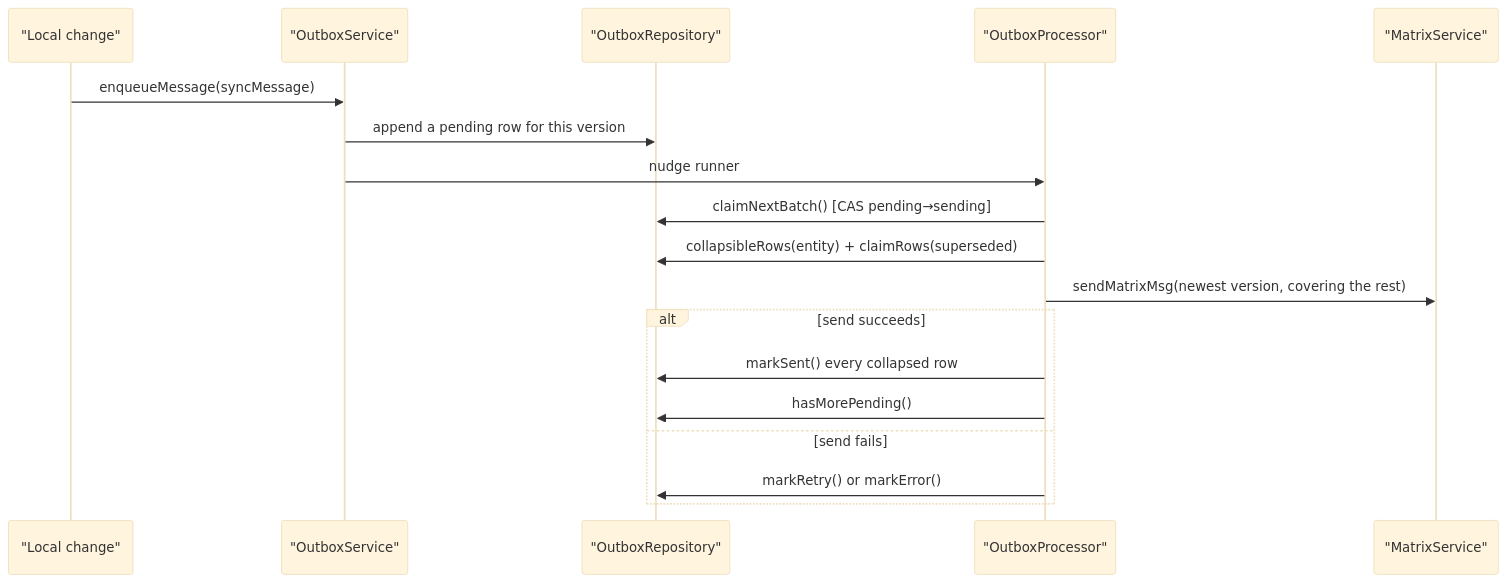
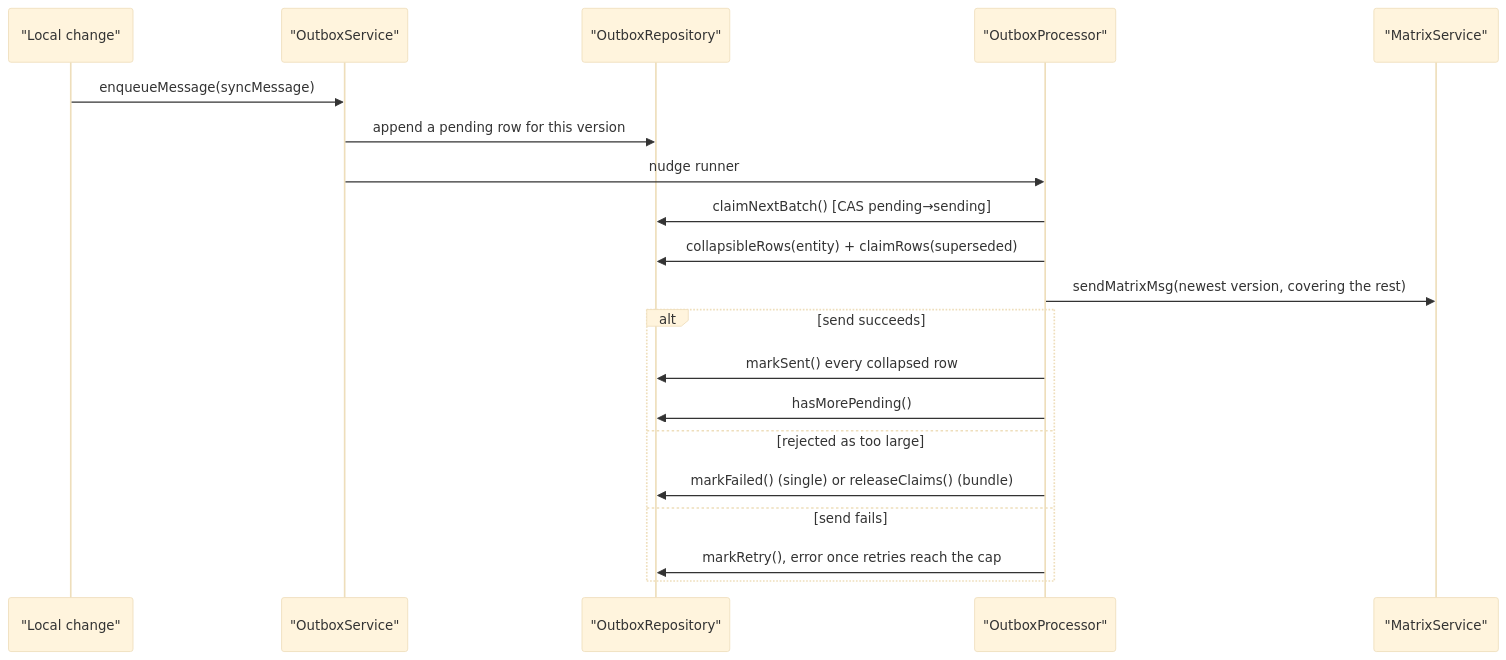
The first of 7 diagrams in knowledge/features/sync/send-path.md (matthiasn/lotti), drawn with Mermaid (base theme) before and after one commit. The commit also changed other lines of this file and 13 other files, not shown here.

First line of the commit message:
fix(sync): drop a send the transport rejects as too large instead of retrying it

````diff
--- a/knowledge/features/sync/send-path.md
+++ b/knowledge/features/sync/send-path.md
@@ -68,21 +68,23 @@
 ```mermaid
 sequenceDiagram
   participant Local as "Local change"
   participant Outbox as "OutboxService"
   participant Repo as "OutboxRepository"
   participant Proc as "OutboxProcessor"
   participant Matrix as "MatrixService"
 
   Local->>Outbox: enqueueMessage(syncMessage)
   Outbox->>Repo: append a pending row for this version
   Outbox->>Proc: nudge runner
   Proc->>Repo: claimNextBatch() [CAS pending→sending]
   Proc->>Repo: collapsibleRows(entity) + claimRows(superseded)
   Proc->>Matrix: sendMatrixMsg(newest version, covering the rest)
   alt send succeeds
     Proc->>Repo: markSent() every collapsed row
     Proc->>Repo: hasMorePending()
+  else rejected as too large
+    Proc->>Repo: markFailed() (single) or releaseClaims() (bundle)
   else send fails
-    Proc->>Repo: markRetry() or markError()
+    Proc->>Repo: markRetry(), error once retries reach the cap
   end
 ```
````
